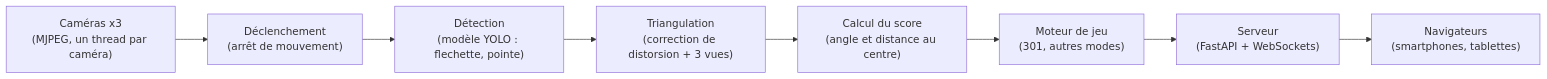
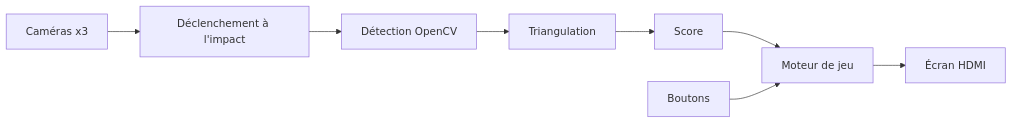
Before and after one commit to PierreChtimipi/Dartagnan: the diagram in README.md, drawn with Mermaid. The commit also changed other lines of this file, not shown here.

````diff
--- a/README.md
+++ b/README.md
@@ -135,10 +27,10 @@
 ```mermaid
 flowchart LR
-    A["Caméras x3<br/>(MJPEG, un thread par caméra)"] --> B["Déclenchement<br/>(arrêt de mouvement)"]
-    B --> C["Détection<br/>(modèle YOLO : flechette, pointe)"]
-    C --> D["Triangulation<br/>(correction de distorsion + 3 vues)"]
-    D --> E["Calcul du score<br/>(angle et distance au centre)"]
-    E --> F["Moteur de jeu<br/>(301, autres modes)"]
-    F --> G["Serveur<br/>(FastAPI + WebSockets)"]
-    G --> H["Navigateurs<br/>(smartphones, tablettes)"]
+    A[Caméras x3] --> B[Déclenchement à l'impact]
+    B --> C[Détection OpenCV]
+    C --> D[Triangulation]
+    D --> E[Score]
+    E --> F[Moteur de jeu]
+    F --> G[Écran HDMI]
+    H[Boutons] --> F
 ```
````
